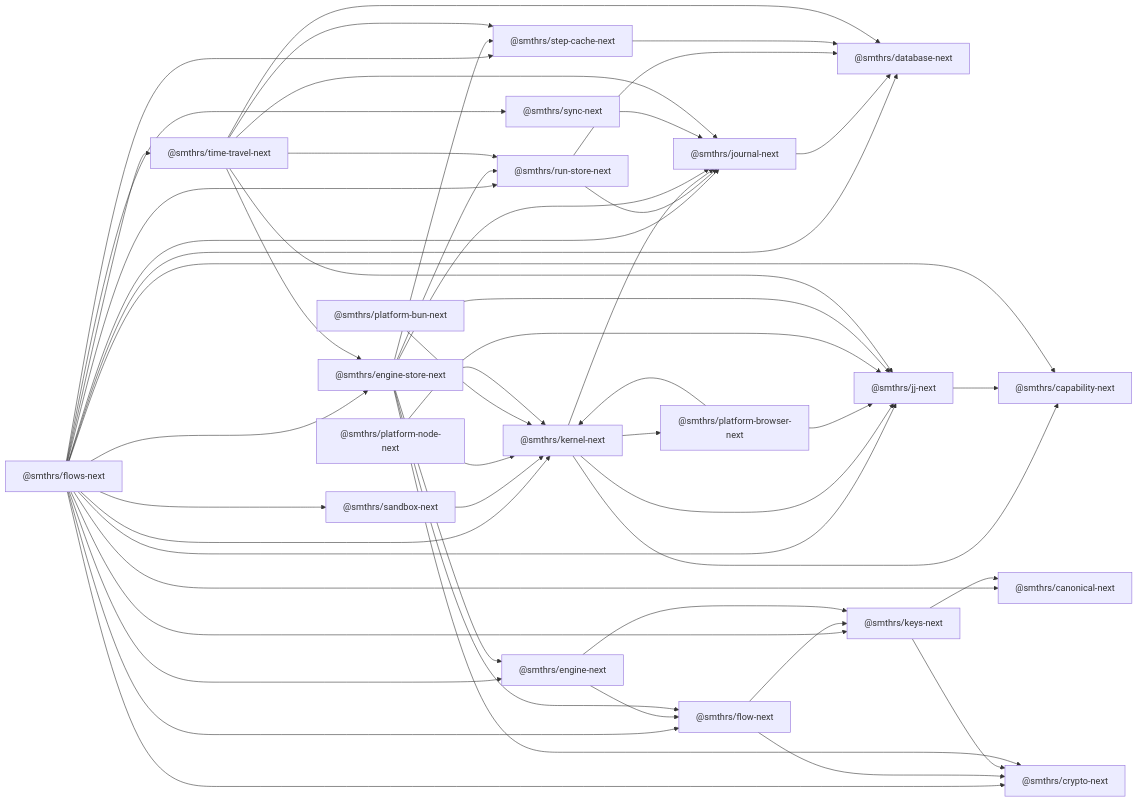
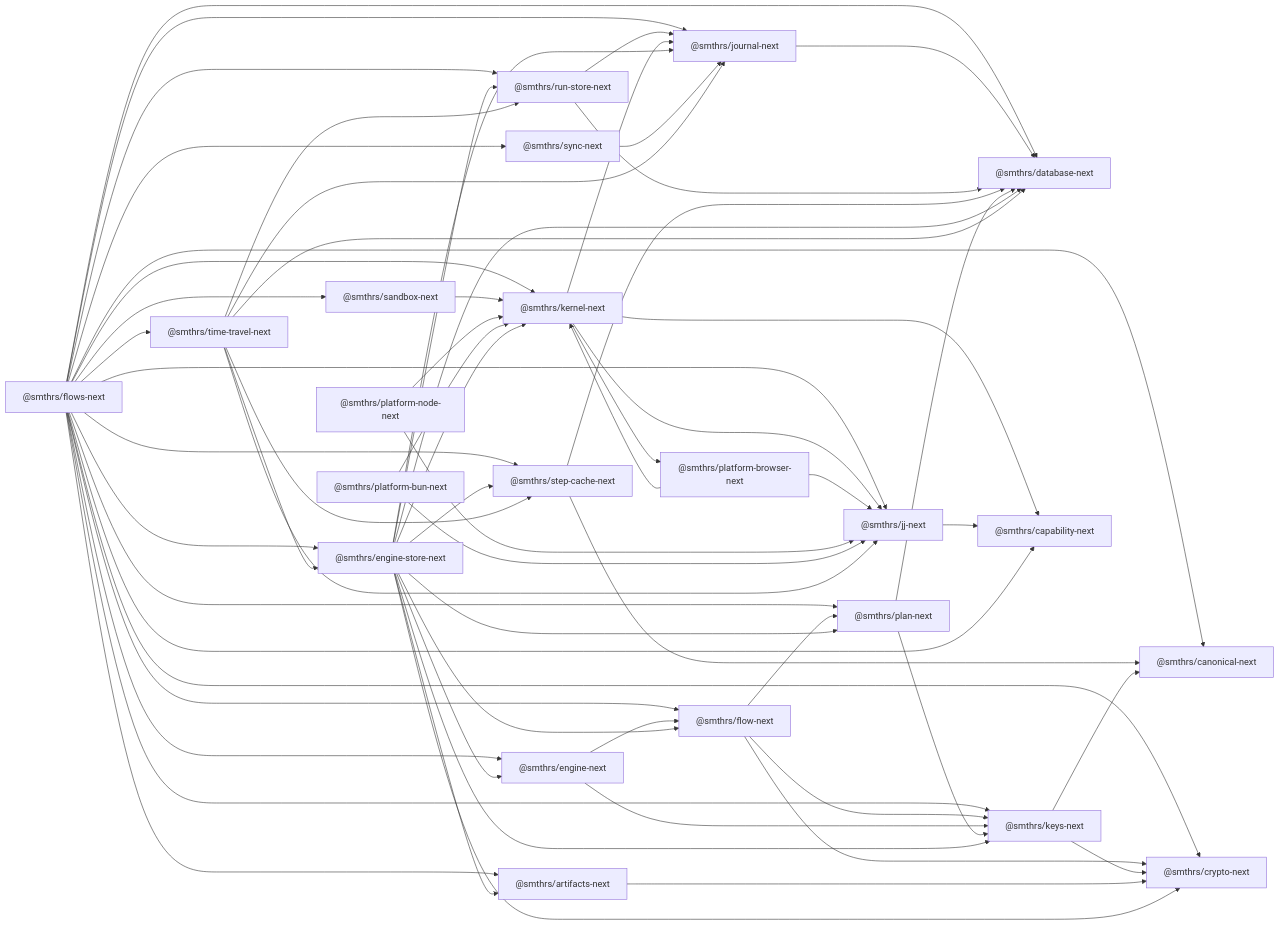
One commit to smithersai/flows changed the diagram in docs/pages/package-structure.md. Above: the diagram before and after it, drawn with Mermaid. The commit also changed other lines of this file and 9 other files, not shown here.

First line of the commit message:
📝 docs(plan): document @smthrs/plan across the site

```diff
--- a/docs/pages/package-structure.md
+++ b/docs/pages/package-structure.md
@@ -70,6 +73,8 @@
   PN["@smthrs/platform-node-next"]
   PBUN["@smthrs/platform-bun-next"]
   KEYS["@smthrs/keys-next"]
+  PLAN["@smthrs/plan-next"]
+  ART["@smthrs/artifacts-next"]
   CRYPTO["@smthrs/crypto-next"]
   CANONICAL["@smthrs/canonical-next"]
   CAP["@smthrs/capability-next"]
@@ -86,6 +91,8 @@
   FLOWS --> STEPCACHE
   FLOWS --> KERNEL
   FLOWS --> KEYS
+  FLOWS --> PLAN
+  FLOWS --> ART
   FLOWS --> CRYPTO
   FLOWS --> CANONICAL
   FLOWS --> FLOW
@@ -97,6 +104,7 @@
   RUNSTORE --> DB
   RUNSTORE --> JOURNAL
   STEPCACHE --> DB
+  STEPCACHE --> CANONICAL
   SANDBOX --> KERNEL
   KERNEL --> JJ
   KERNEL --> PB
@@ -109,13 +117,21 @@
   PBUN --> JJ
   FLOW --> KEYS
   FLOW --> CRYPTO
+  FLOW --> PLAN
   ENGINE --> FLOW
   ENGINE --> KEYS
   KEYS --> CANONICAL
   KEYS --> CRYPTO
+  PLAN --> DB
+  PLAN --> KEYS
+  ART --> CRYPTO
   ES --> FLOW
   ES --> ENGINE
   ES --> CRYPTO
+  ES --> DB
+  ES --> KEYS
+  ES --> PLAN
+  ES --> ART
   ES --> JOURNAL
   ES --> RUNSTORE
   ES --> STEPCACHE
```
